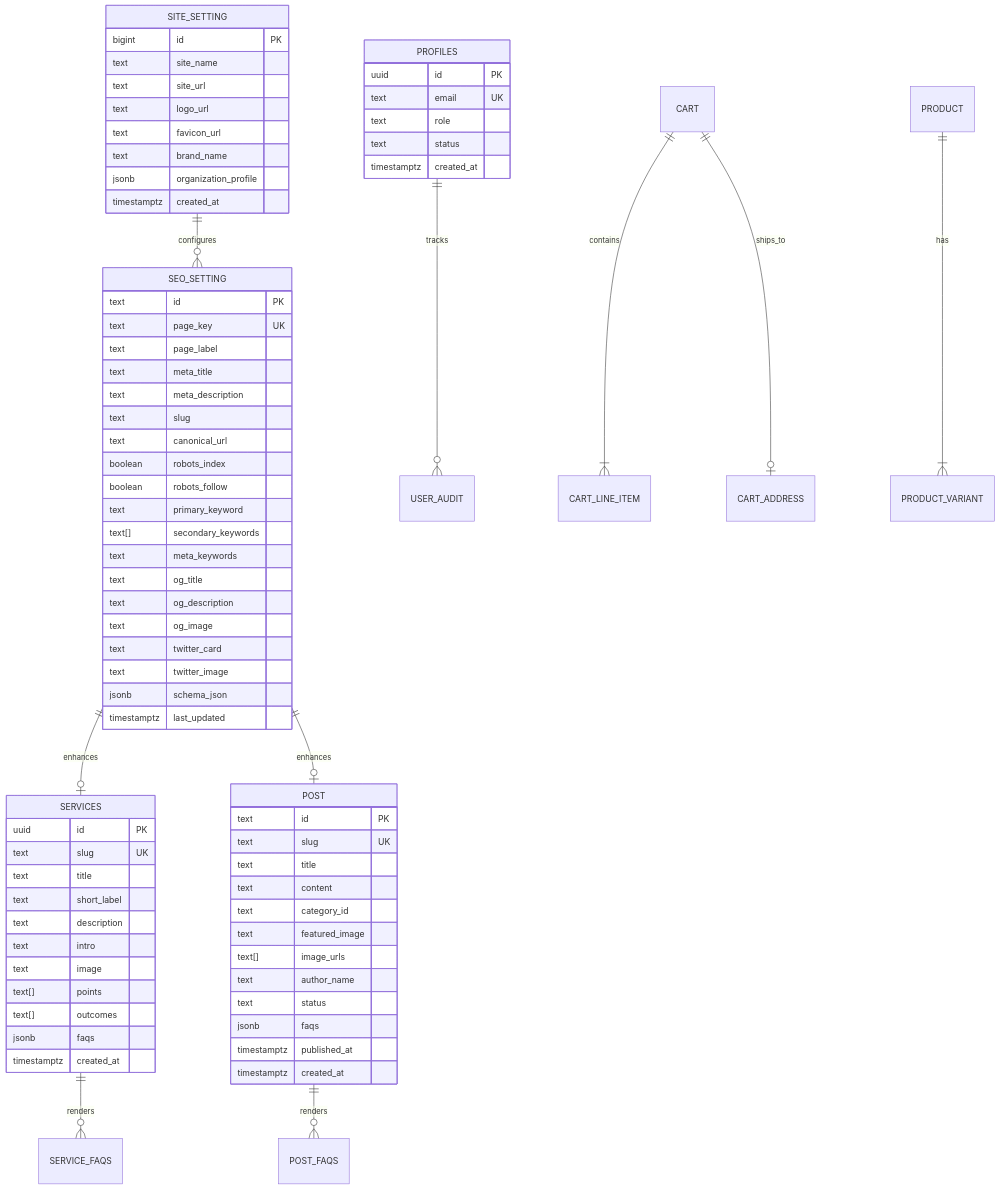
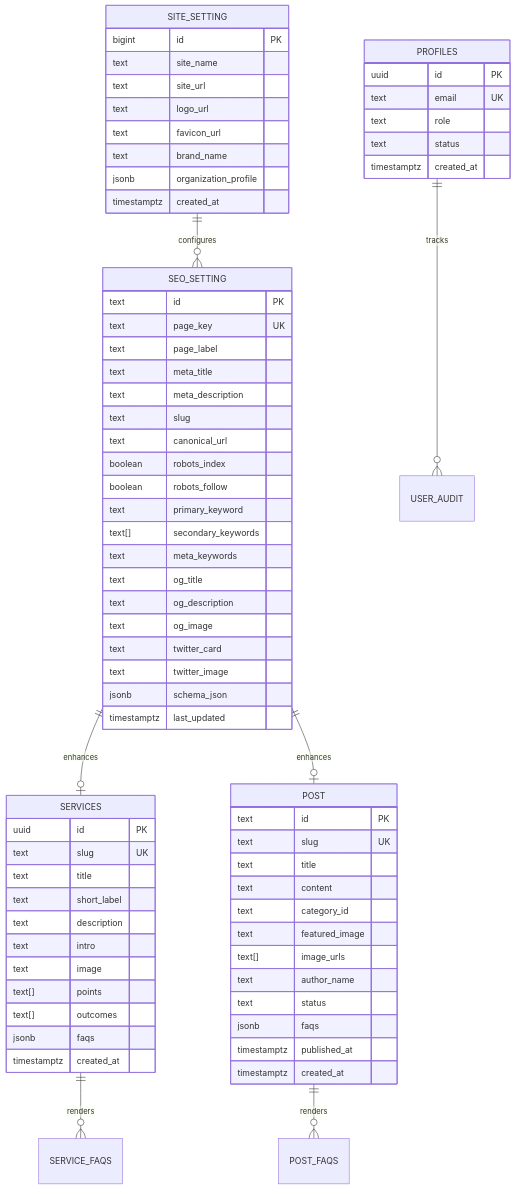
One commit to sanjayelectroglobal/mommantum changed the second of 3 diagrams in SDS_SYSTEM_DESIGN.md. Above: the diagram before and after it, drawn with Mermaid. The commit also changed other lines of this file and 5 other files, not shown here.

Commit message:
docs: update architecture, SDS, and developer guides for store removal

````diff
--- a/SDS_SYSTEM_DESIGN.md
+++ b/SDS_SYSTEM_DESIGN.md
@@ -114,82 +112,79 @@
 ```mermaid
 erDiagram
     SITE_SETTING ||--o{ SEO_SETTING : configures
     SEO_SETTING ||--o| SERVICES : enhances
     SEO_SETTING ||--o| POST : enhances
     SERVICES ||--o{ SERVICE_FAQS : renders
     POST ||--o{ POST_FAQS : renders
     PROFILES ||--o{ USER_AUDIT : tracks
-    CART ||--|{ CART_LINE_ITEM : contains
-    CART ||--o| CART_ADDRESS : ships_to
-    PRODUCT ||--|{ PRODUCT_VARIANT : has
 
     SITE_SETTING {
         bigint id PK
         text site_name
         text site_url
         text logo_url
         text favicon_url
         text brand_name
         jsonb organization_profile
         timestamptz created_at
     }
 
     SEO_SETTING {
         text id PK
         text page_key UK
         text page_label
         text meta_title
         text meta_description
         text slug
         text canonical_url
         boolean robots_index
         boolean robots_follow
         text primary_keyword
         text[] secondary_keywords
         text meta_keywords
         text og_title
         text og_description
         text og_image
         text twitter_card
         text twitter_image
         jsonb schema_json
         timestamptz last_updated
     }
 
     SERVICES {
         uuid id PK
         text slug UK
         text title
         text short_label
         text description
         text intro
         text image
         text[] points
         text[] outcomes
         jsonb faqs
         timestamptz created_at
     }
 
     POST {
         text id PK
         text slug UK
         text title
         text content
         text category_id
         text featured_image
         text[] image_urls
         text author_name
         text status
         jsonb faqs
         timestamptz published_at
         timestamptz created_at
     }
 
     PROFILES {
         uuid id PK
         text email UK
         text role
         text status
         timestamptz created_at
     }
 ```
````
